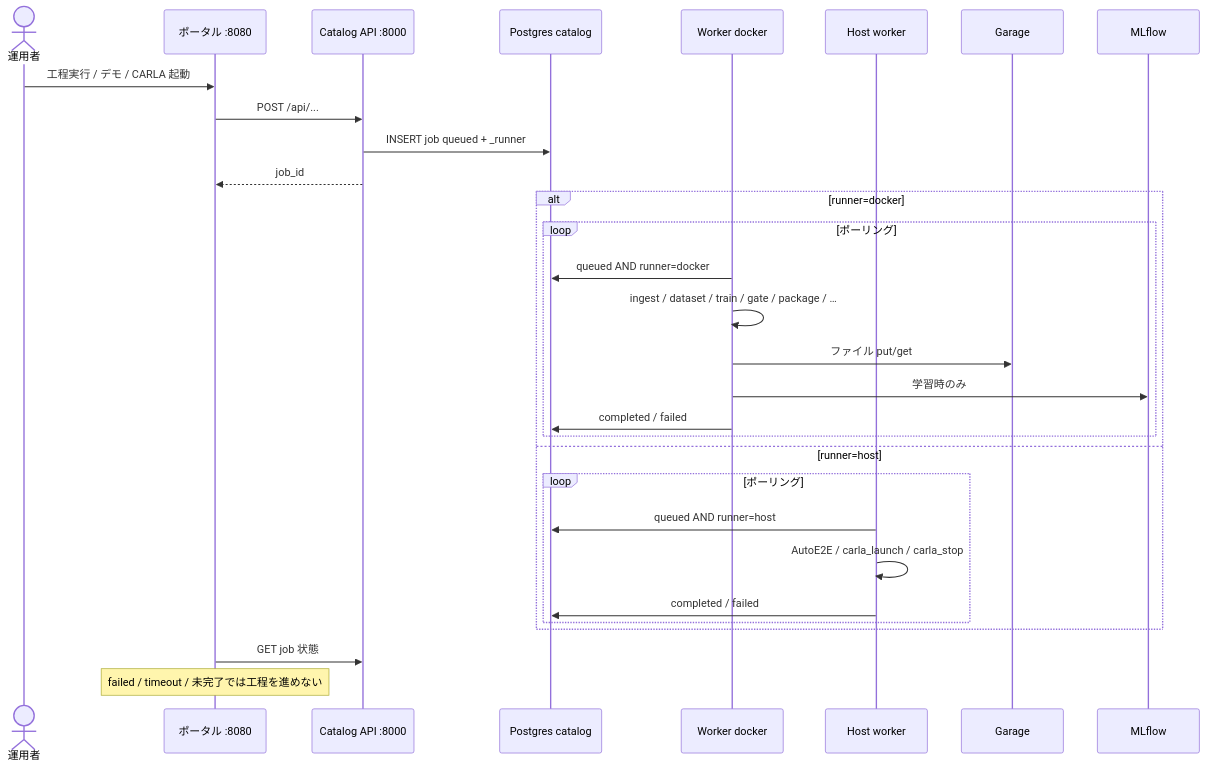
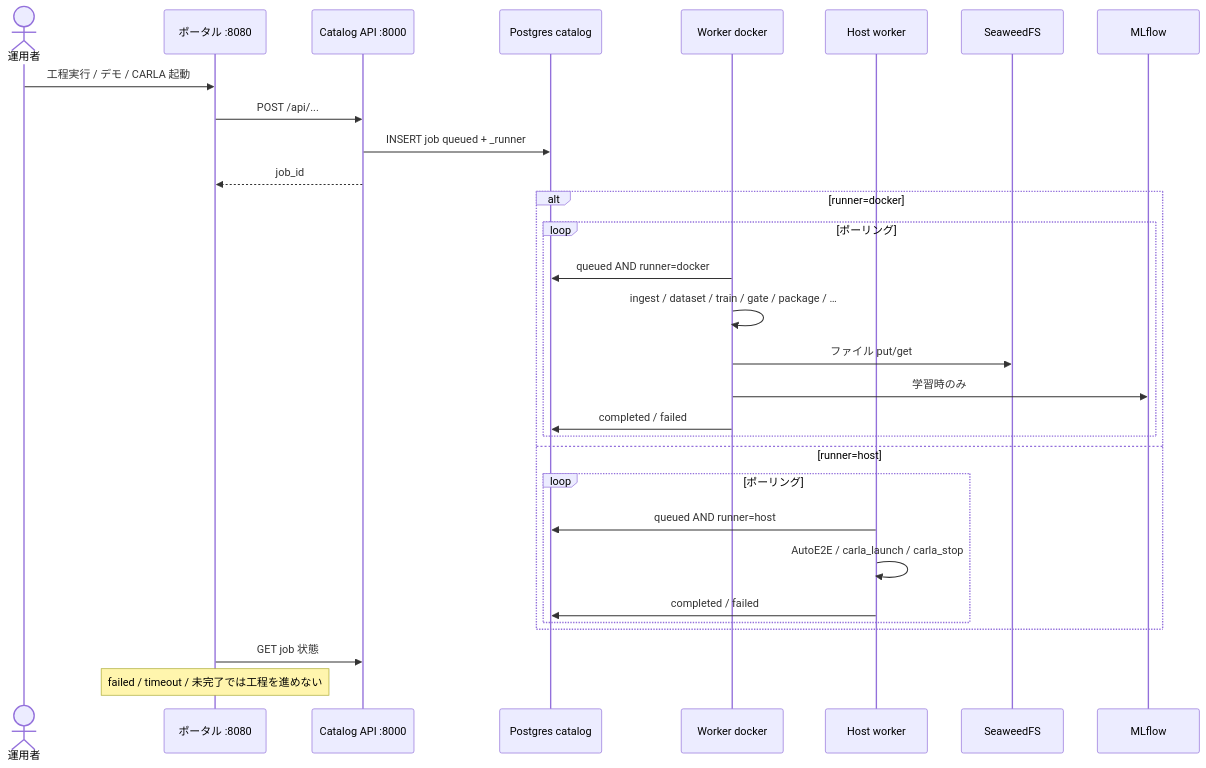
Before and after one commit to xeno1983/MLOPs_DEV: the first of 4 diagrams in docs/design.md, drawn with Mermaid. The commit also changed other lines of this file and 73 other files, not shown here.

First line of the commit message:
Replace Garage/DVC with SeaweedFS+LakeFS and harden on-prem CARLA/E2E paths.

````diff
--- a/docs/design.md
+++ b/docs/design.md
@@ -96,33 +99,33 @@
 ```mermaid
 sequenceDiagram
   actor Op as 運用者
   participant P as ポータル :8080
   participant C as Catalog API :8000
   participant DB as Postgres catalog
   participant W as Worker docker
   participant H as Host worker
-  participant S3 as Garage
+  participant S3 as SeaweedFS
   participant MF as MLflow
 
   Op->>P: 工程実行 / デモ / CARLA 起動
   P->>C: POST /api/...
   C->>DB: INSERT job queued + _runner
   C-->>P: job_id
   alt runner=docker
     loop ポーリング
       W->>DB: queued AND runner=docker
       W->>W: ingest / dataset / train / gate / package / …
       W->>S3: ファイル put/get
       W->>MF: 学習時のみ
       W->>DB: completed / failed
     end
   else runner=host
     loop ポーリング
       H->>DB: queued AND runner=host
       H->>H: AutoE2E / carla_launch / carla_stop
       H->>DB: completed / failed
     end
   end
   P->>C: GET job 状態
   Note over P: failed / timeout / 未完了では工程を進めない
 ```
````
